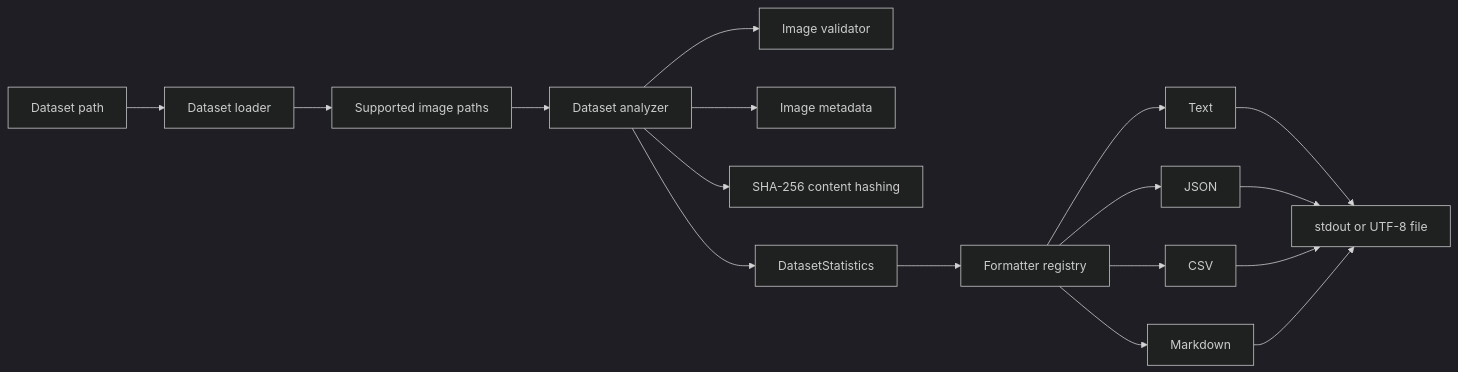
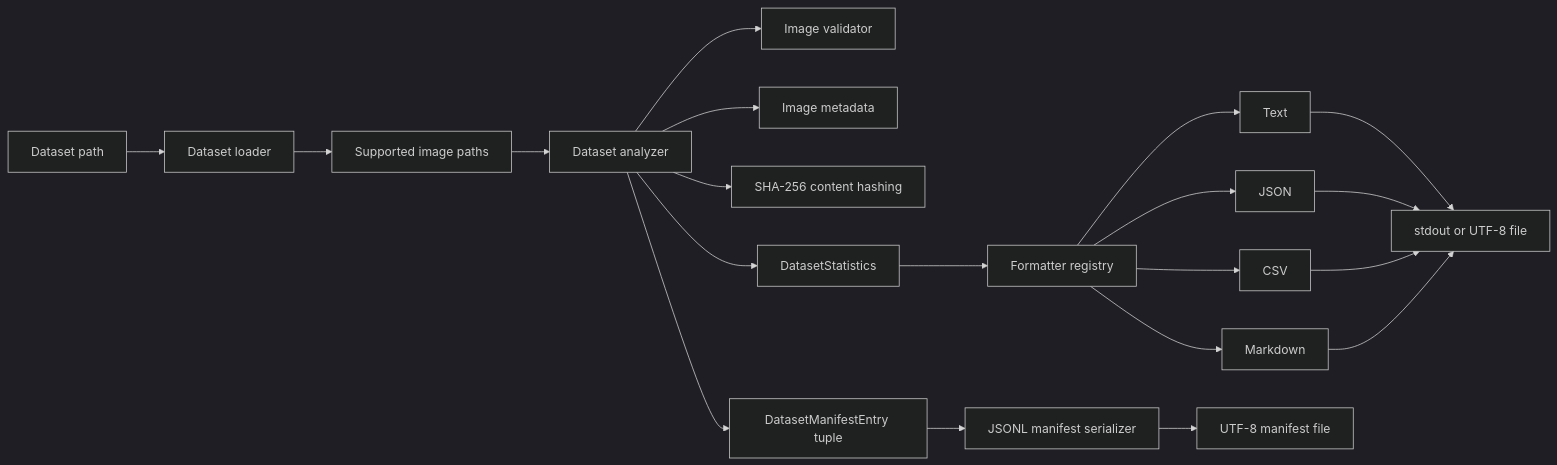
Before and after one commit to JervisAnthony/posedion-ai: the diagram in docs/architecture.md, drawn with Mermaid (dark theme). The commit also changed other lines of this file and 9 other files, not shown here.

First line of the commit message:
feat(dataset): add JSONL manifest export (#14)

````diff
--- a/docs/architecture.md
+++ b/docs/architecture.md
@@ -10,19 +10,22 @@
 ```mermaid
 flowchart LR
     A[Dataset path] --> B[Dataset loader]
     B --> C[Supported image paths]
     C --> D[Dataset analyzer]
     D --> E[Image validator]
     D --> F[Image metadata]
     D --> N[SHA-256 content hashing]
     D --> G[DatasetStatistics]
+    D --> O[DatasetManifestEntry tuple]
     G --> H[Formatter registry]
     H --> I[Text]
     H --> J[JSON]
     H --> K[CSV]
     H --> L[Markdown]
     I --> M[stdout or UTF-8 file]
     J --> M
     K --> M
     L --> M
+    O --> P[JSONL manifest serializer]
+    P --> Q[UTF-8 manifest file]
 ```
````
